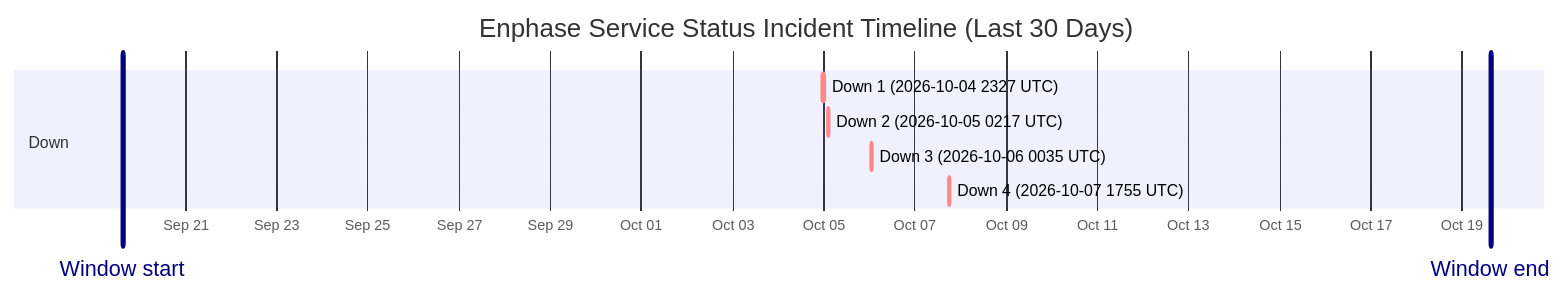
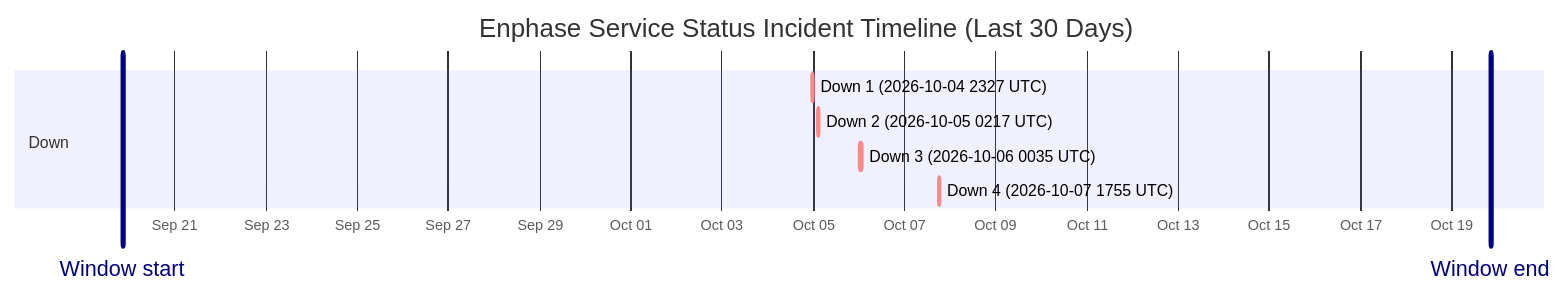
Before and after one commit to barneyonline/ha-enphase-energy: the diagram in wiki/Service-Status-History.md, drawn with Mermaid. The commit also changed other lines of this file and 3 other files, not shown here.

````diff
--- a/wiki/Service-Status-History.md
+++ b/wiki/Service-Status-History.md
@@ -14,13 +14,13 @@
 ```mermaid
 gantt
     title Enphase Service Status Incident Timeline (Last 30 Days)
     dateFormat  YYYY-MM-DDTHH:mm:ss
     axisFormat  %b %d
-    Window start :vert, window-start, 2026-09-19T14:51:18, 0ms
-    Window end :vert, window-end, 2026-10-19T14:51:18, 0ms
+    Window start :vert, window-start, 2026-09-19T20:21:47, 0ms
+    Window end :vert, window-end, 2026-10-19T20:21:47, 0ms
     section Down
     Down 1 (2026-10-04 2327 UTC) :crit, down-1, 2026-10-04T23:27:34, 60m
     Down 2 (2026-10-05 0217 UTC) :crit, down-2, 2026-10-05T02:17:30, 60m
     Down 3 (2026-10-06 0035 UTC) :crit, down-3, 2026-10-06T00:35:21, 60m
     Down 4 (2026-10-07 1755 UTC) :crit, down-4, 2026-10-07T17:55:16, 60m
 ```
````
